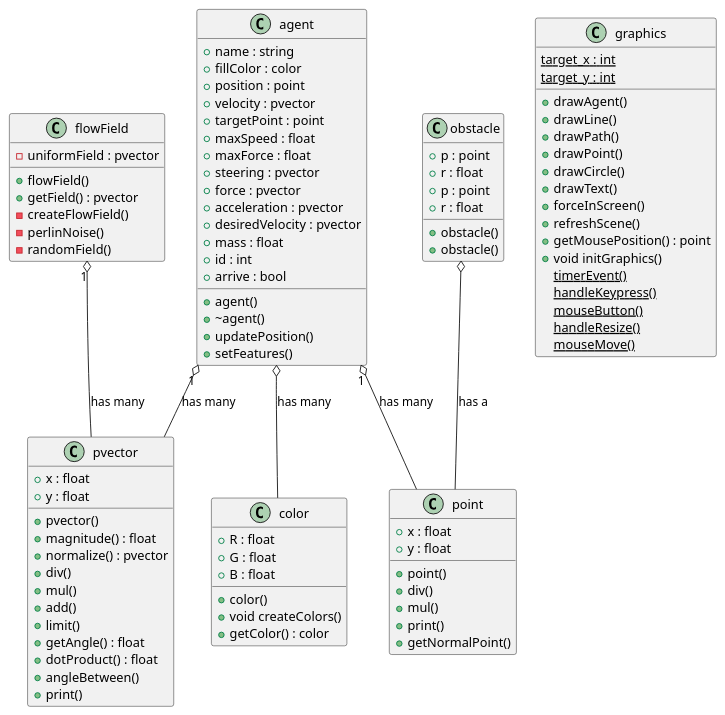
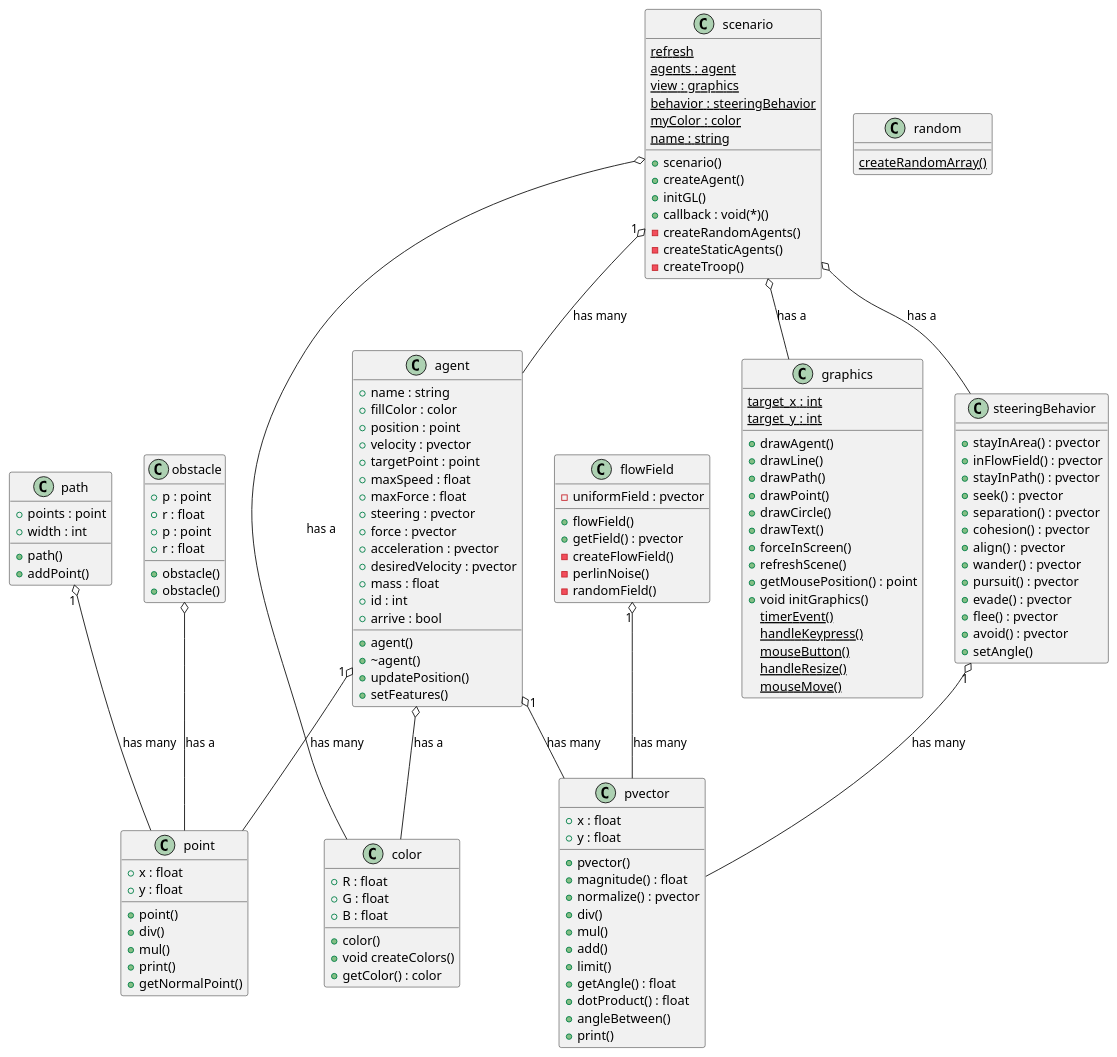
The diagram in docs/test.puml (mehmetrizaoz/autonomousSteeringAgents), drawn with PlantUML before and after one commit.

Commit message:
new classes added to class diagram

```diff
--- a/docs/test.puml
+++ b/docs/test.puml
@@ -1,106 +1,154 @@
 @startuml class
-class agent {
+class steeringBehavior{
+  +stayInArea() : pvector
+  +inFlowField() : pvector
+  +stayInPath() : pvector
+  +seek() : pvector
+  +separation() : pvector
+  +cohesion() : pvector
+  +align() : pvector
+  +wander() : pvector
+  +pursuit() : pvector
+  +evade() : pvector
+  +flee() : pvector
+  +avoid() : pvector
+  +setAngle()
+}
+
+class scenario {
+  +scenario()
+  +createAgent()
+  +initGL()
+  {static}refresh
+  {static}agents : agent
+  {static}view : graphics
+  {static}behavior : steeringBehavior
+  {static}myColor : color
+  {static}name : string
+  +callback : void(*)()
+  -createRandomAgents()
+  -createStaticAgents()
+  -createTroop()
+}
+
+class random {
+  {static} createRandomArray()
+}
+
+class path {
+  +path()
+  +addPoint()
+  +points : point
+  +width : int
+}
+
+class agent{
   +agent()
   +~agent()
   +updatePosition()
   +setFeatures()
   +name : string
   +fillColor : color
   +position : point
   +velocity : pvector
   +targetPoint : point
   +maxSpeed : float
   +maxForce : float
   +steering : pvector
   +force : pvector
   +acceleration : pvector
   +desiredVelocity : pvector
   +mass : float
   +id : int
   +arrive : bool
 }
 
-class pvector {
+class pvector{
   +pvector()
   +magnitude() : float
   +normalize() : pvector
   +div()
   +mul()
   +add()
   +limit()
   +getAngle() : float
   +dotProduct() : float
   +angleBetween()
   +print()
   +x : float
   +y : float
 }
 
-class obstacle {
+class obstacle{
   +p : point
   +r : float 
   +obstacle()  
 }
 
-class flowField {
+class flowField{
   -uniformField : pvector 
   +flowField()
   +getField() : pvector
   -createFlowField()
   -perlinNoise()
   -randomField()
 }
 
-class obstacle {
+class obstacle{
   +p : point
   +r : float 
   +obstacle()  
 }
 
-class point {
+class point{
   +x : float
   +y : float 
   +point()  
   +div()
   +mul()
   +print()
   +getNormalPoint()
 }
 
 
-class color {
+class color{
   +R : float
   +G : float 
   +B : float
   +color()  
   +void createColors()
   +getColor() : color
 }
 
-class graphics {
+class graphics{
   +drawAgent()
   +drawLine() 
   +drawPath()
   +drawPoint()
   +drawCircle()
   +drawText()
   +forceInScreen()
   +refreshScene()
   +getMousePosition() : point
   +void initGraphics()
   {static} timerEvent()
   {static} handleKeypress()
   {static} mouseButton()
   {static} handleResize()
   {static} mouseMove()
   {static} target_x : int
   {static} target_y : int
 }
 
 obstacle o-- point : has a
 flowField "1" o-- pvector : has many
 agent "1" o-- pvector : has many
 agent "1" o-- point : has many
-agent o-- color : has many
-
+agent o-- color : has a
+path "1" o-- point : has many
+scenario "1" o-- agent : has many
+scenario o-- graphics : has a
+scenario o-- steeringBehavior : has a
+scenario o-- color : has a
+steeringBehavior "1" o-- pvector : has many
 @enduml
```
